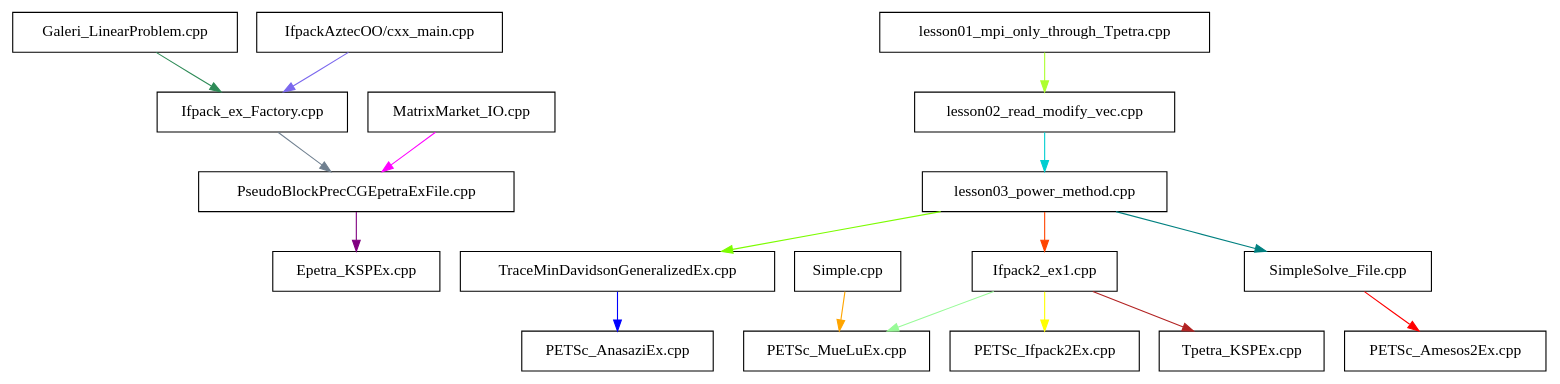
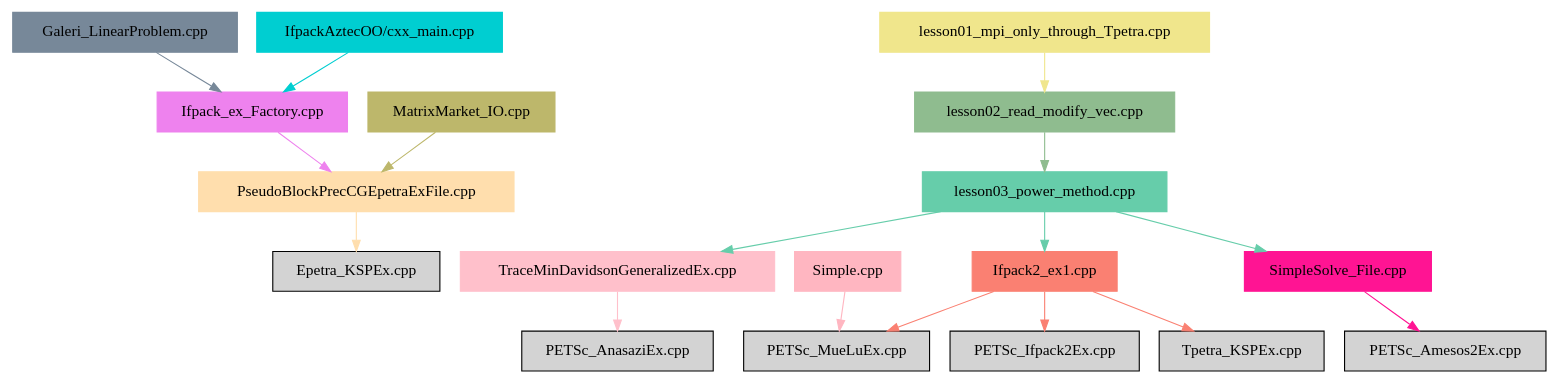
One commit to duongdo27/TrilinosConceptMap changed the diagram in markdown/map.dot. Above: the diagram before and after it, drawn with Graphviz. The commit also changed 1 other file, not shown here.

```diff
--- a/markdown/map.dot
+++ b/markdown/map.dot
@@ -1,19 +1,33 @@
-digraph G {
-  node [shape = box];
-  "PseudoBlockPrecCGEpetraExFile.cpp" -> "Epetra_KSPEx.cpp" [colorscheme="svg" color="purple"]
-  "SimpleSolve_File.cpp" -> "PETSc_Amesos2Ex.cpp" [colorscheme="svg" color="red"]
-  "TraceMinDavidsonGeneralizedEx.cpp" -> "PETSc_AnasaziEx.cpp" [colorscheme="svg" color="blue"]
-  "Ifpack2_ex1.cpp" -> "PETSc_Ifpack2Ex.cpp" [colorscheme="svg" color="yellow"]
-  "Simple.cpp" -> "PETSc_MueLuEx.cpp" [colorscheme="svg" color="orange"]
-  "Ifpack2_ex1.cpp" -> "PETSc_MueLuEx.cpp" [colorscheme="svg" color="palegreen"]
-  "Ifpack2_ex1.cpp" -> "Tpetra_KSPEx.cpp" [colorscheme="svg" color="firebrick"]
-  "lesson03_power_method.cpp" -> "TraceMinDavidsonGeneralizedEx.cpp" [colorscheme="svg" color="lawngreen"]
-  "lesson03_power_method.cpp" -> "SimpleSolve_File.cpp" [colorscheme="svg" color="teal"]
-  "Ifpack_ex_Factory.cpp" -> "PseudoBlockPrecCGEpetraExFile.cpp" [colorscheme="svg" color="slategrey"]
-  "MatrixMarket_IO.cpp" -> "PseudoBlockPrecCGEpetraExFile.cpp" [colorscheme="svg" color="fuchsia"]
-  "Galeri_LinearProblem.cpp" -> "Ifpack_ex_Factory.cpp" [colorscheme="svg" color="seagreen"]
-  "IfpackAztecOO/cxx_main.cpp" -> "Ifpack_ex_Factory.cpp" [colorscheme="svg" color="mediumslateblue"]
-  "lesson03_power_method.cpp" -> "Ifpack2_ex1.cpp" [colorscheme="svg" color="orangered"]
-  "lesson01_mpi_only_through_Tpetra.cpp" -> "lesson02_read_modify_vec.cpp" [colorscheme="svg" color="greenyellow"]
-  "lesson02_read_modify_vec.cpp" -> "lesson03_power_method.cpp" [colorscheme="svg" color="darkturquoise"]
+digraph bettersoftware {
+            ratio = fill;
+            node [style=filled];
+            node [shape = box];
+"PseudoBlockPrecCGEpetraExFile.cpp" [colorscheme="svg" color="navajowhite"];
+"PseudoBlockPrecCGEpetraExFile.cpp" ->  "Epetra_KSPEx.cpp" [colorscheme="svg" color="navajowhite"];
+"SimpleSolve_File.cpp" [colorscheme="svg" color="deeppink"];
+"SimpleSolve_File.cpp" ->  "PETSc_Amesos2Ex.cpp" [colorscheme="svg" color="deeppink"];
+"TraceMinDavidsonGeneralizedEx.cpp" [colorscheme="svg" color="pink"];
+"TraceMinDavidsonGeneralizedEx.cpp" ->  "PETSc_AnasaziEx.cpp" [colorscheme="svg" color="pink"];
+"Ifpack2_ex1.cpp" [colorscheme="svg" color="salmon"];
+"Ifpack2_ex1.cpp" ->  "PETSc_Ifpack2Ex.cpp" [colorscheme="svg" color="salmon"];
+"Ifpack2_ex1.cpp" ->  "PETSc_MueLuEx.cpp" [colorscheme="svg" color="salmon"];
+"Simple.cpp" [colorscheme="svg" color="lightpink"];
+"Simple.cpp" ->  "PETSc_MueLuEx.cpp" [colorscheme="svg" color="lightpink"];
+"Ifpack2_ex1.cpp" ->  "Tpetra_KSPEx.cpp" [colorscheme="svg" color="salmon"];
+"lesson03_power_method.cpp" [colorscheme="svg" color="mediumaquamarine"];
+"lesson03_power_method.cpp" ->  "TraceMinDavidsonGeneralizedEx.cpp" [colorscheme="svg" color="mediumaquamarine"];
+"lesson03_power_method.cpp" ->  "SimpleSolve_File.cpp" [colorscheme="svg" color="mediumaquamarine"];
+"Ifpack_ex_Factory.cpp" [colorscheme="svg" color="violet"];
+"Ifpack_ex_Factory.cpp" ->  "PseudoBlockPrecCGEpetraExFile.cpp" [colorscheme="svg" color="violet"];
+"MatrixMarket_IO.cpp" [colorscheme="svg" color="darkkhaki"];
+"MatrixMarket_IO.cpp" ->  "PseudoBlockPrecCGEpetraExFile.cpp" [colorscheme="svg" color="darkkhaki"];
+"Galeri_LinearProblem.cpp" [colorscheme="svg" color="lightslategray"];
+"Galeri_LinearProblem.cpp" ->  "Ifpack_ex_Factory.cpp" [colorscheme="svg" color="lightslategray"];
+"IfpackAztecOO/cxx_main.cpp" [colorscheme="svg" color="darkturquoise"];
+"IfpackAztecOO/cxx_main.cpp" ->  "Ifpack_ex_Factory.cpp" [colorscheme="svg" color="darkturquoise"];
+"lesson03_power_method.cpp" ->  "Ifpack2_ex1.cpp" [colorscheme="svg" color="mediumaquamarine"];
+"lesson01_mpi_only_through_Tpetra.cpp" [colorscheme="svg" color="khaki"];
+"lesson01_mpi_only_through_Tpetra.cpp" ->  "lesson02_read_modify_vec.cpp" [colorscheme="svg" color="khaki"];
+"lesson02_read_modify_vec.cpp" [colorscheme="svg" color="darkseagreen"];
+"lesson02_read_modify_vec.cpp" ->  "lesson03_power_method.cpp" [colorscheme="svg" color="darkseagreen"];
 }
```
